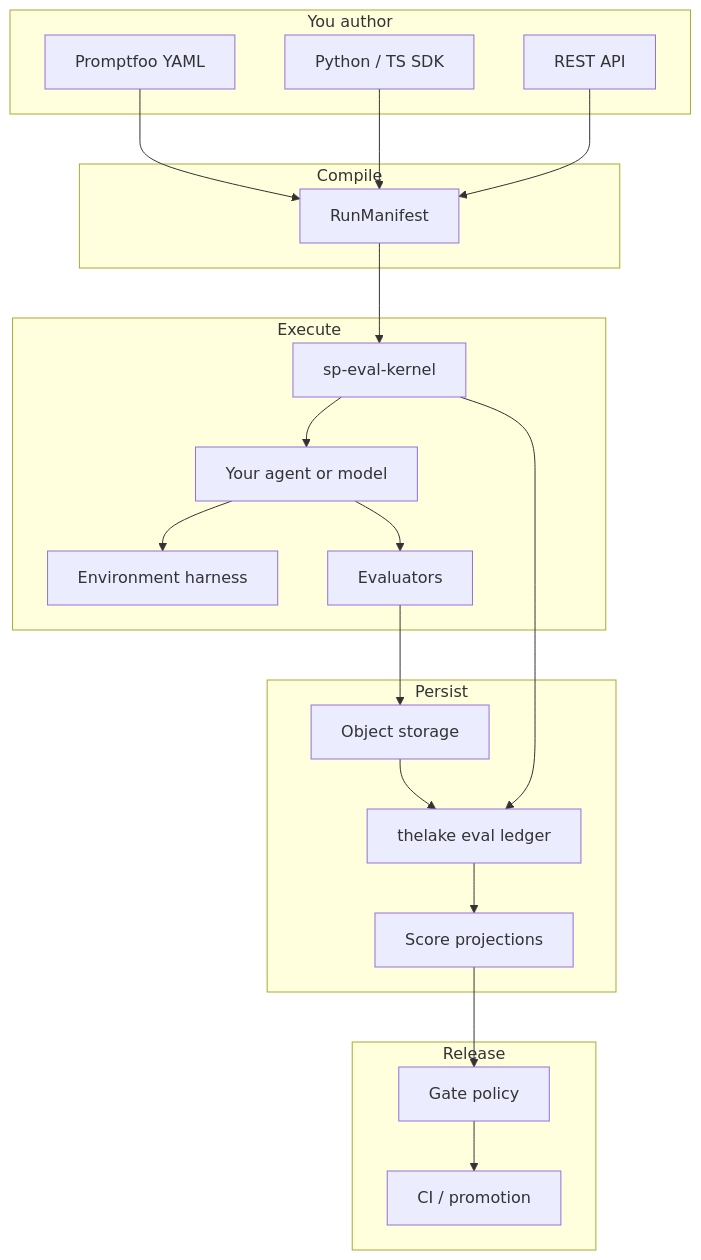
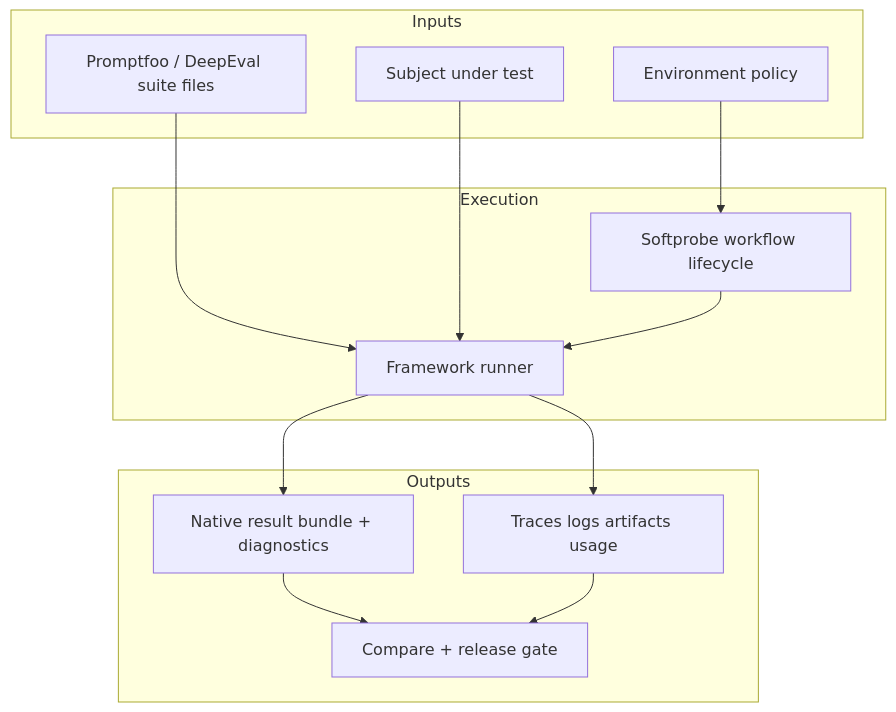
The diagram in en/evaluation/index.md (softprobe/document-website), drawn with Mermaid before and after one commit. The commit also changed other lines of this file and 10 other files, not shown here.

Commit message:
docs(evaluation): remove native authoring path; runner-first workflow

````diff
--- a/en/evaluation/index.md
+++ b/en/evaluation/index.md
@@ -19,34 +13,24 @@
 ```mermaid
 flowchart TB
-  subgraph author [You author]
-    PF[Promptfoo YAML]
-    SDK[Python / TS SDK]
-    API[REST API]
+  subgraph input [Inputs]
+    PF[Promptfoo / DeepEval suite files]
+    Subj[Subject under test]
+    EnvPol[Environment policy]
   end
-  subgraph compile [Compile]
-    Manifest[RunManifest]
+  subgraph exec [Execution]
+    Runner[Framework runner]
+    WF[Softprobe workflow lifecycle]
   end
-  subgraph run [Execute]
-    Kernel[sp-eval-kernel]
-    Subject[Your agent or model]
-    Env[Environment harness]
-    Eval[Evaluators]
+  subgraph output [Outputs]
+    Native[Native result bundle + diagnostics]
+    Evidence[Traces logs artifacts usage]
+    Gate[Compare + release gate]
   end
-  subgraph store [Persist]
-    Ledger[thelake eval ledger]
-    Artifacts[Object storage]
-    Scores[Score projections]
-  end
-  subgraph release [Release]
-    Gate[Gate policy]
-    CI[CI / promotion]
-  end
-  PF & SDK & API --> Manifest
-  Manifest --> Kernel
-  Kernel --> Subject --> Env
-  Subject --> Eval
-  Kernel --> Ledger
-  Eval --> Artifacts --> Ledger
-  Ledger --> Scores
-  Scores --> Gate --> CI
+  PF --> Runner
+  Subj --> Runner
+  EnvPol --> WF --> Runner
+  Runner --> Native
+  Runner --> Evidence
+  Native --> Gate
+  Evidence --> Gate
 ```
````
